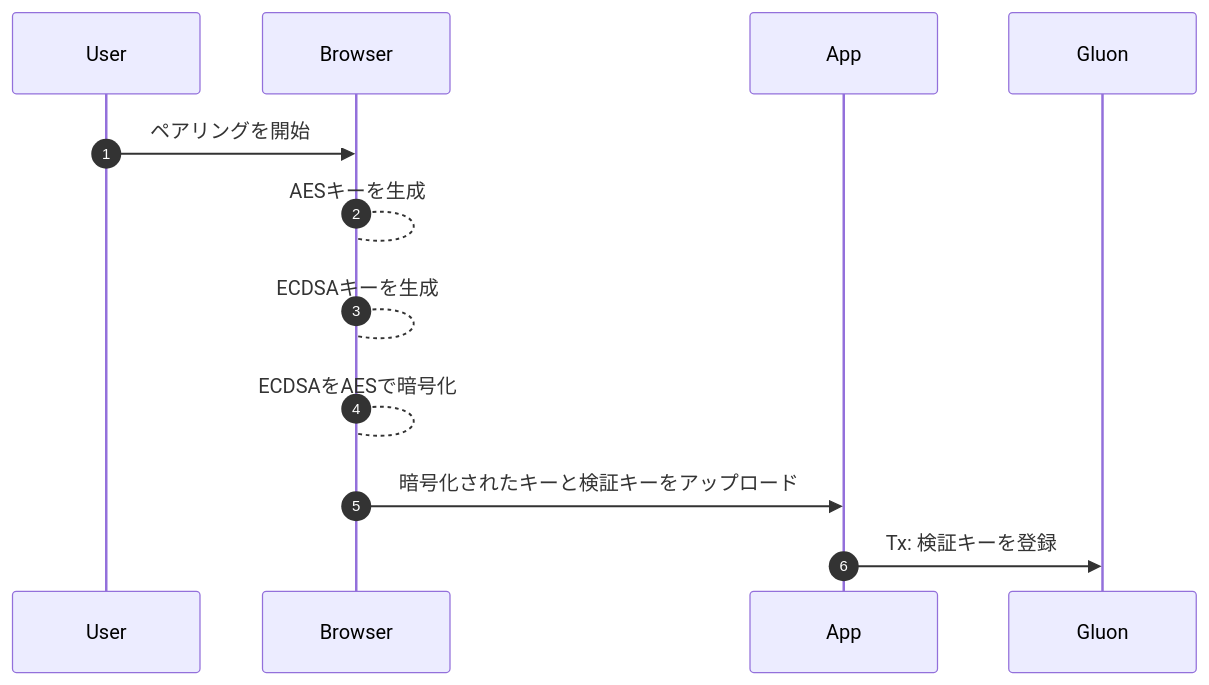
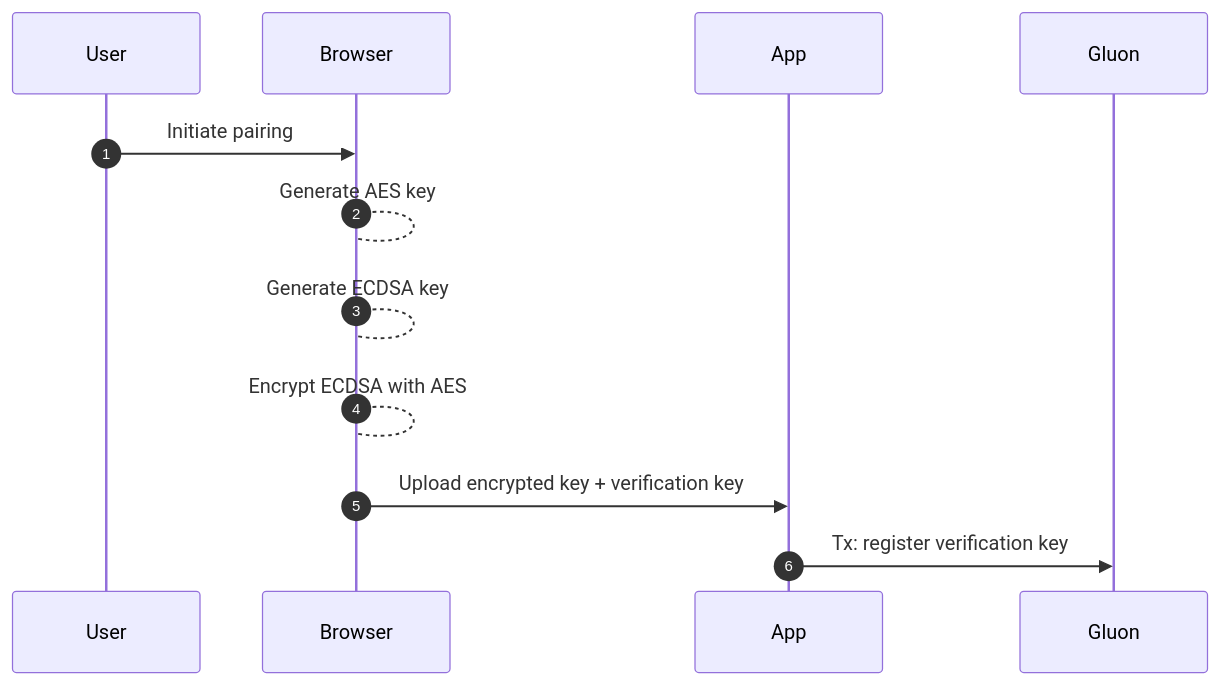
One commit to sunriselayer/gitbook changed the second of 8 diagrams in ja/learn/gluon.md. Above: the diagram before and after it, drawn with Mermaid. The commit also changed other lines of this file and 19 other files, not shown here.

````diff
--- a/ja/learn/gluon.md
+++ b/ja/learn/gluon.md
@@ -62,10 +62,10 @@
 ```mermaid
 sequenceDiagram
     autonumber
-    User     ->> Browser : ペアリングを開始
-    Browser  --> Browser : AESキーを生成
-    Browser  --> Browser : ECDSAキーを生成
-    Browser  --> Browser : ECDSAをAESで暗号化
-    Browser  ->> App     : 暗号化されたキーと検証キーをアップロード
-    App      ->> Gluon   : Tx: 検証キーを登録
+    User     ->> Browser : Initiate pairing
+    Browser  --> Browser : Generate AES key
+    Browser  --> Browser : Generate ECDSA key
+    Browser  --> Browser : Encrypt ECDSA with AES
+    Browser  ->> App     : Upload encrypted key + verification key
+    App      ->> Gluon   : Tx: register verification key
 ```
````
